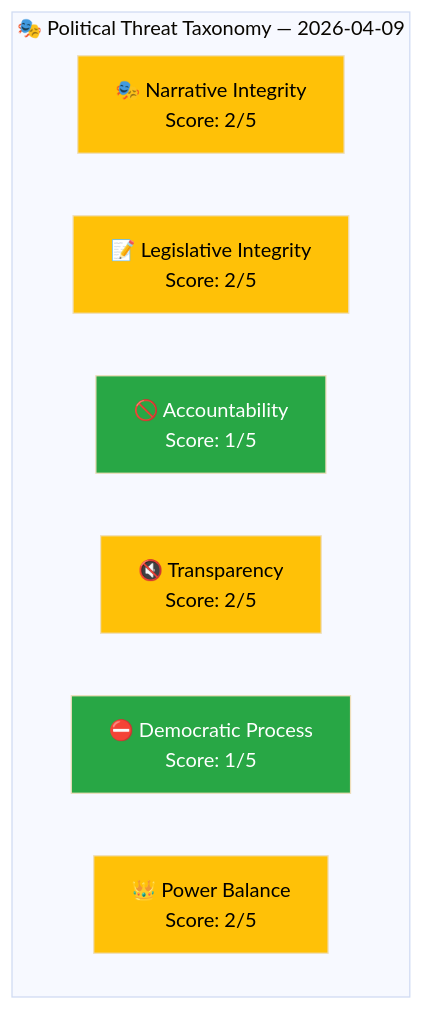
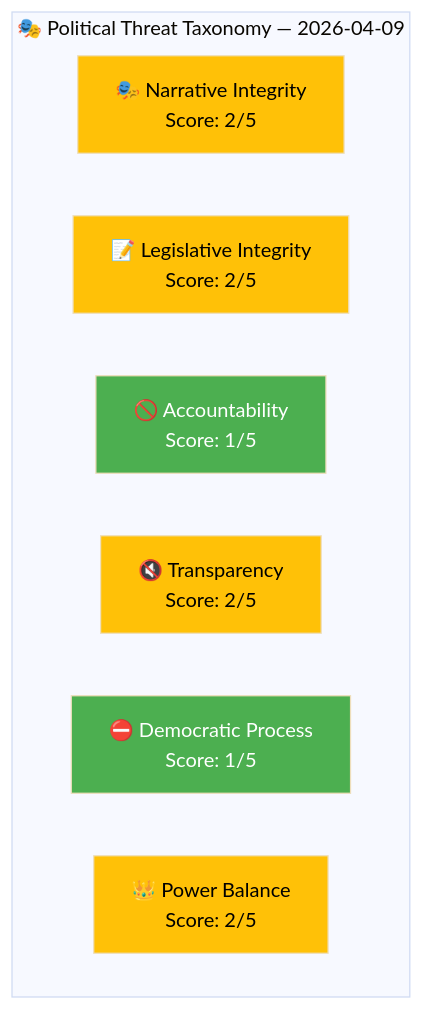
The diagram in analysis/daily/2026-04-09/realtime-1436/threat-analysis.md (Hack23/riksdagsmonitor), drawn with Mermaid (base theme) before and after one commit. The commit also changed 785 other files, not shown here.

First line of the commit message:
Normalize mermaid colors across 786 analysis artifacts to ISMS Style Guide palette

````diff
--- a/analysis/daily/2026-04-09/realtime-1436/threat-analysis.md
+++ b/analysis/daily/2026-04-09/realtime-1436/threat-analysis.md
@@ -11,18 +11,18 @@
 ```mermaid
 graph TB
     subgraph "🎭 Political Threat Taxonomy — 2026-04-09"
         NI["🎭 Narrative Integrity<br/>Score: 2/5"]
         LI["📝 Legislative Integrity<br/>Score: 2/5"]
         AC["🚫 Accountability<br/>Score: 1/5"]
         TR["🔇 Transparency<br/>Score: 2/5"]
         DP["⛔ Democratic Process<br/>Score: 1/5"]
         PB["👑 Power Balance<br/>Score: 2/5"]
     end
 
-    style NI fill:#ffc107,color:#000
-    style LI fill:#ffc107,color:#000
-    style AC fill:#28a745,color:#fff
-    style TR fill:#ffc107,color:#000
-    style DP fill:#28a745,color:#fff
-    style PB fill:#ffc107,color:#000
+    style NI fill:#FFC107,color:#000000
+    style LI fill:#FFC107,color:#000000
+    style AC fill:#4CAF50,color:#FFFFFF
+    style TR fill:#FFC107,color:#000000
+    style DP fill:#4CAF50,color:#FFFFFF
+    style PB fill:#FFC107,color:#000000
 ```
````
